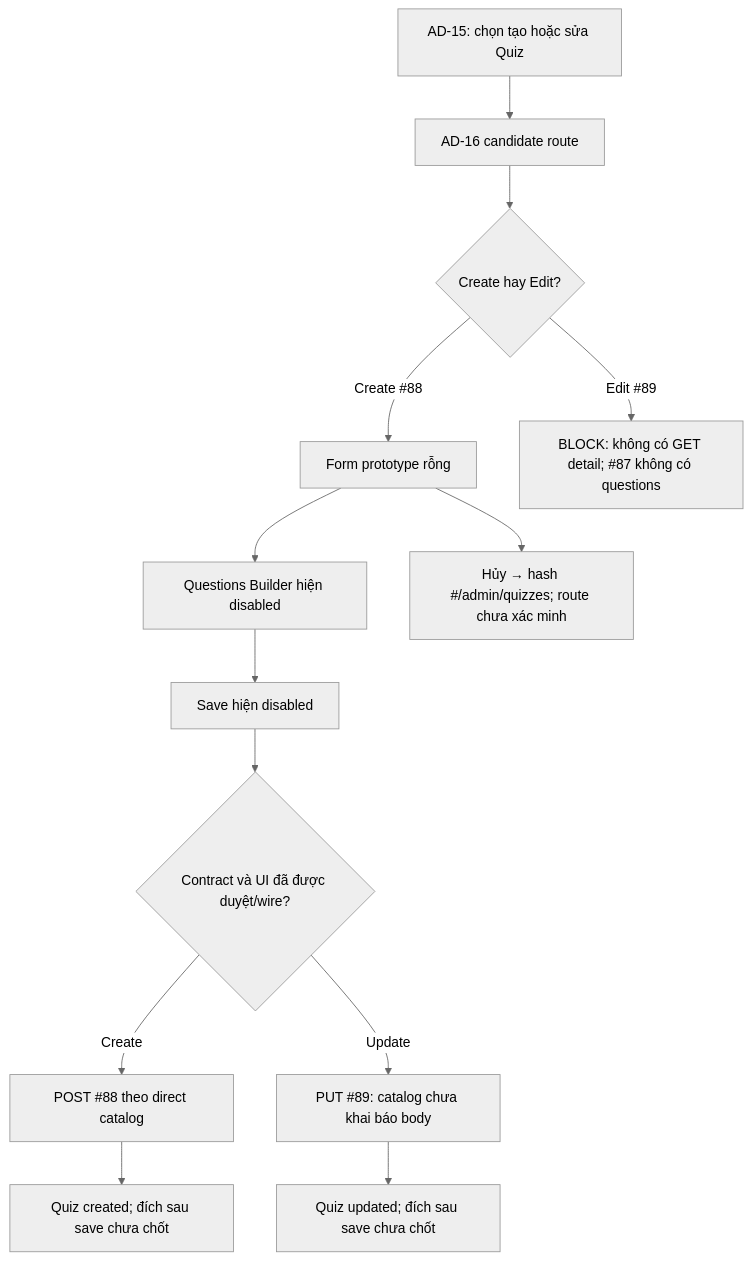
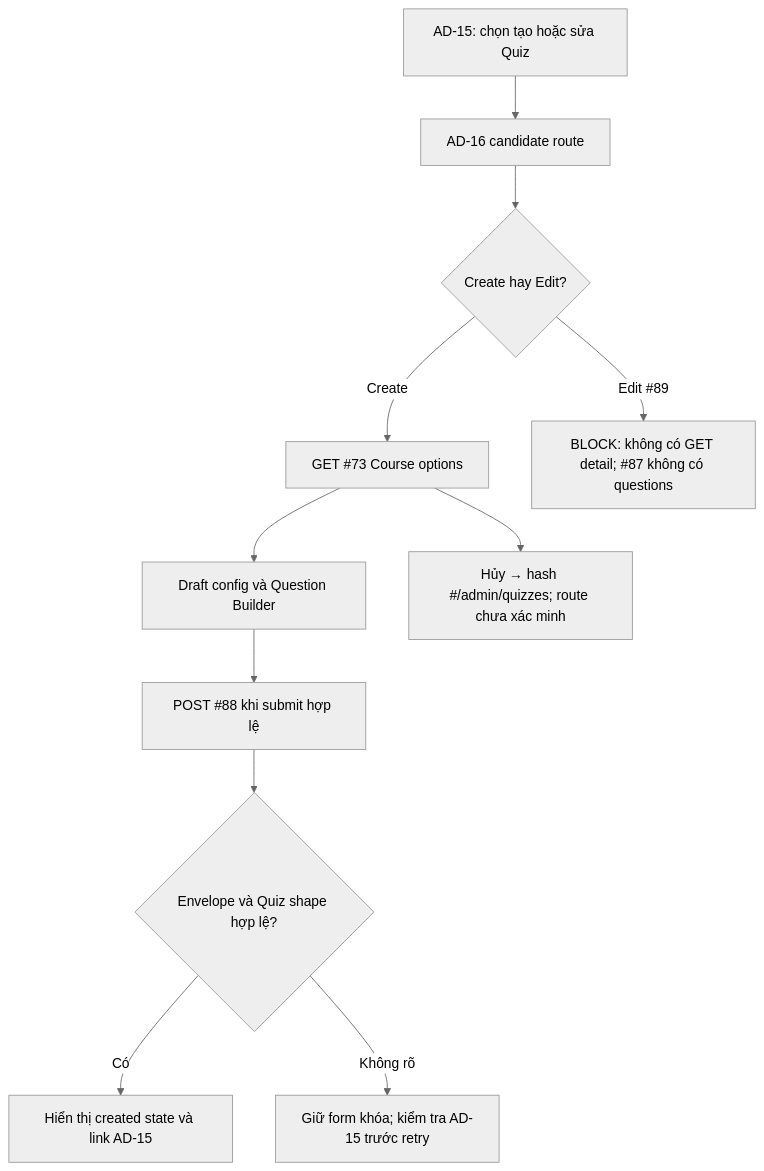
Before and after one commit to daovanhung-dev/Study2Work: the diagram in apps/study-client/docs/dd_screens/AD-16-TaoChinhSuaQuiz/03-data-flow.md, drawn with Mermaid (neutral theme). The commit also changed other lines of this file and 930 other files, not shown here.

Commit message:
feat(study): complete DD-safe screen flows

````diff
--- a/apps/study-client/docs/dd_screens/AD-16-TaoChinhSuaQuiz/03-data-flow.md
+++ b/apps/study-client/docs/dd_screens/AD-16-TaoChinhSuaQuiz/03-data-flow.md
@@ -16,15 +16,13 @@
 ```mermaid
 flowchart TD
   A[AD-15: chọn tạo hoặc sửa Quiz] --> B[AD-16 candidate route]
   B --> C{Create hay Edit?}
-  C -->|Create #88| D[Form prototype rỗng]
+  C -->|Create| D[GET #73 Course options]
   C -->|Edit #89| E[BLOCK: không có GET detail; #87 không có questions]
-  D --> F[Questions Builder hiện disabled]
-  F --> G[Save hiện disabled]
-  G --> H{Contract và UI đã được duyệt/wire?}
-  H -->|Create| I[POST #88 theo direct catalog]
-  H -->|Update| J[PUT #89: catalog chưa khai báo body]
-  I --> K[Quiz created; đích sau save chưa chốt]
-  J --> L[Quiz updated; đích sau save chưa chốt]
+  D --> F[Draft config và Question Builder]
+  F --> G[POST #88 khi submit hợp lệ]
+  G --> H{Envelope và Quiz shape hợp lệ?}
+  H -->|Có| I[Hiển thị created state và link AD-15]
+  H -->|Không rõ| J[Giữ form khóa; kiểm tra AD-15 trước retry]
   D --> M[Hủy → hash #/admin/quizzes; route chưa xác minh]
 ```
````
